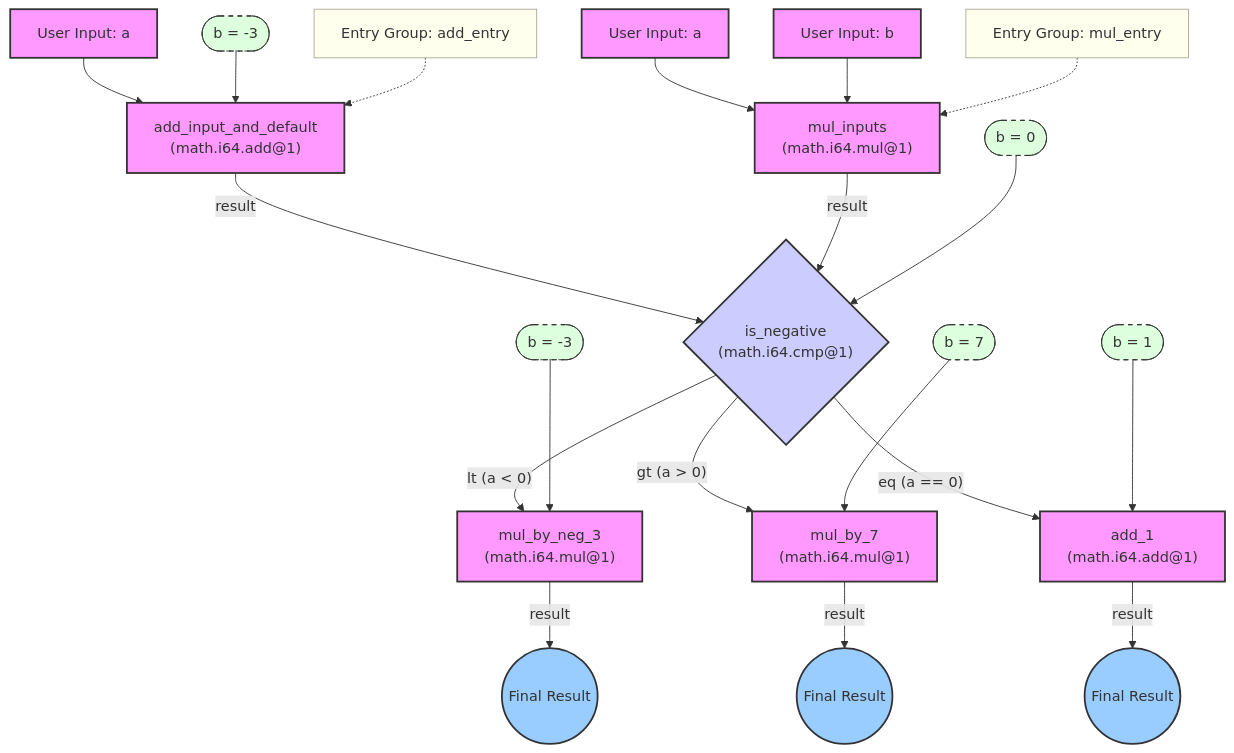
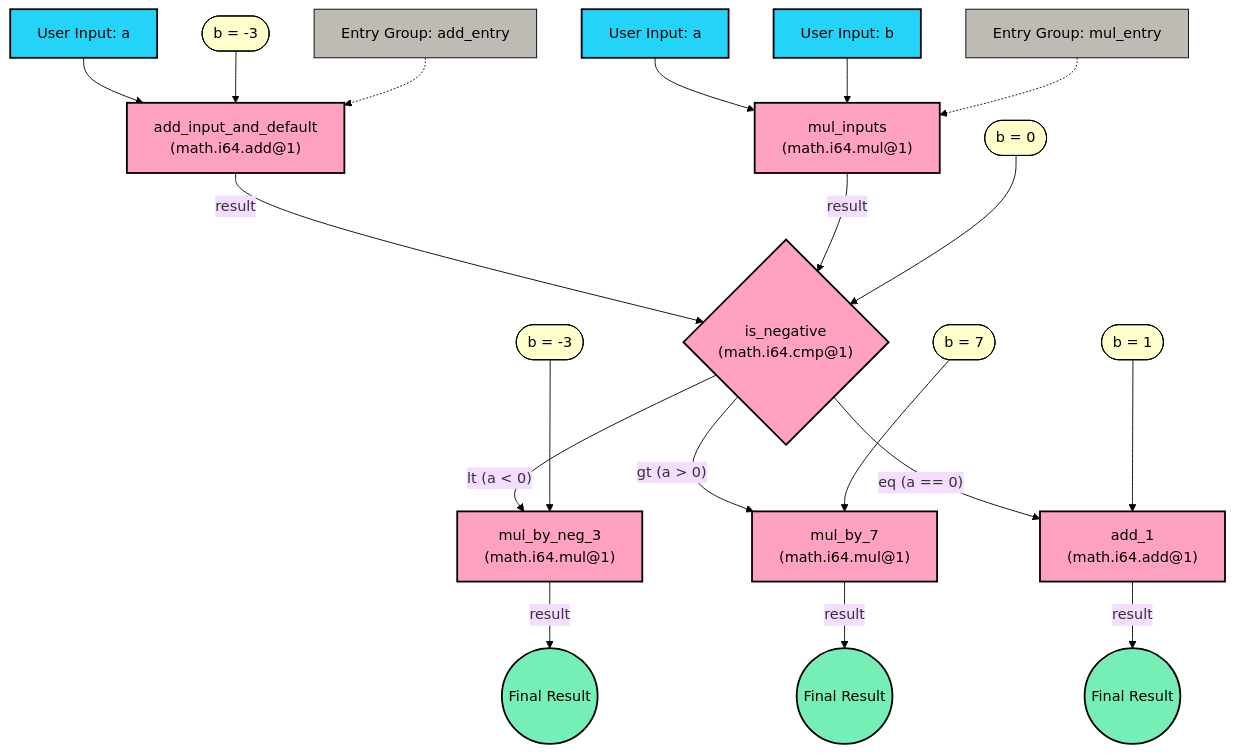
The diagram in docs/guides/math_branching-dag-entry.md (Talus-Network/nexus-sdk), drawn with Mermaid before and after one commit. The commit also changed 3 other files, not shown here.

Commit message:
update styling of mermaid diagrams

````diff
--- a/docs/guides/math_branching-dag-entry.md
+++ b/docs/guides/math_branching-dag-entry.md
@@ -33,45 +33,46 @@
 ```mermaid
+%%{init: {'theme': 'base', 'themeVariables': { 'background': '#FFFFFF' }}}%%
 graph TD
     %% Entry points and their inputs
     InputA1[User Input: a] --> A["add_input_and_default<br>(math.i64.add@1)"];
     Def1([b = -3]) --> A;
     InputM1[User Input: a] --> M["mul_inputs<br>(math.i64.mul@1)"];
     InputM2[User Input: b] --> M;
     
     %% Entry group indicators
     EG1["Entry Group: add_entry"] -.-> A;
     EG2["Entry Group: mul_entry"] -.-> M;
     
     %% Main flow from entry paths to comparison
     A -- "result" --> B{"is_negative<br>(math.i64.cmp@1)"};
     M -- "result" --> B;
     Def2([b = 0]) --> B;
     
     %% Branching paths based on comparison
     B -- "lt (a < 0)" --> C["mul_by_neg_3<br>(math.i64.mul@1)"];
     Def3([b = -3]) --> C;
     
     B -- "gt (a > 0)" --> D["mul_by_7<br>(math.i64.mul@1)"];
     Def4([b = 7]) --> D;
     
     B -- "eq (a == 0)" --> E["add_1<br>(math.i64.add@1)"];
     Def5([b = 1]) --> E;
     
     %% Final results
     C -- "result" --> Result1((Final Result));
     D -- "result" --> Result2((Final Result));
     E -- "result" --> Result3((Final Result));
 
     %% Styling
-    classDef default fill:#f9f,stroke:#333,stroke-width:2px;
-    classDef compare fill:#ccf,stroke:#333,stroke-width:2px;
-    classDef output fill:#9cf,stroke:#333,stroke-width:2px;
-    classDef constant fill:#dfd,stroke:#333,stroke-width:1px,stroke-dasharray: 5 5;
-    classDef entrygroup fill:#ffe,stroke:#aa9,stroke-width:1px;
+    classDef tool fill:#FFA1C1,stroke:#000000,stroke-width:2px,color:#000000;
+    classDef input fill:#23D3F8,stroke:#000000,stroke-width:2px,color:#000000;
+    classDef output fill:#76EFB6,stroke:#000000,stroke-width:2px,color:#000000;
+    classDef default fill:#FFFFCB,stroke:#000000,stroke-width:1px,color:#000000;
+    classDef entrygroup fill:#BEBAB4,stroke:#000000,stroke-width:1px,color:#000000;
     
-    class A,C,D,E,M default;
-    class B compare;
+    class A,C,D,E,M,B tool;
     class Result1,Result2,Result3 output;
-    class Def1,Def2,Def3,Def4,Def5 constant;
+    class InputA1,InputM1,InputM2 input;
+    class Def1,Def2,Def3,Def4,Def5 default;
     class EG1,EG2 entrygroup;
 ```
````
